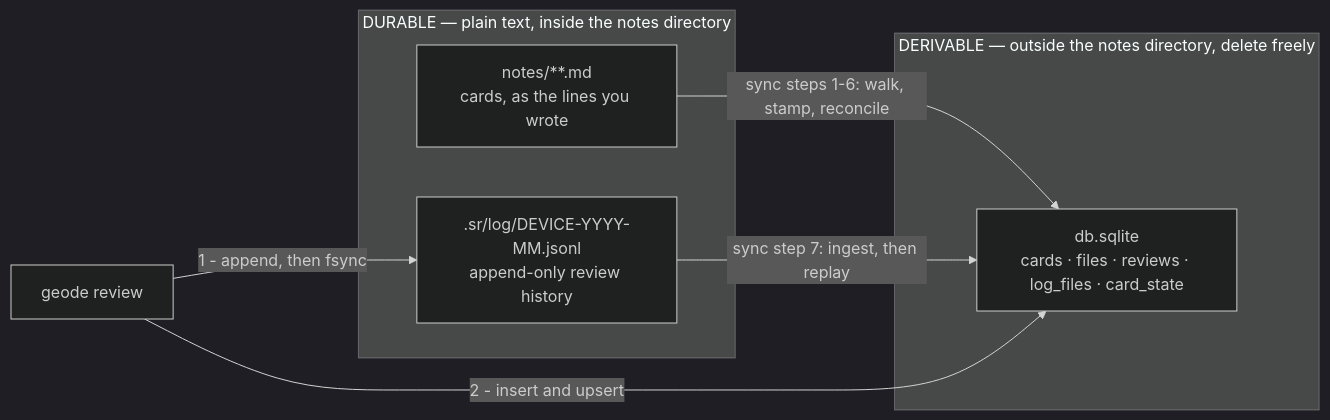
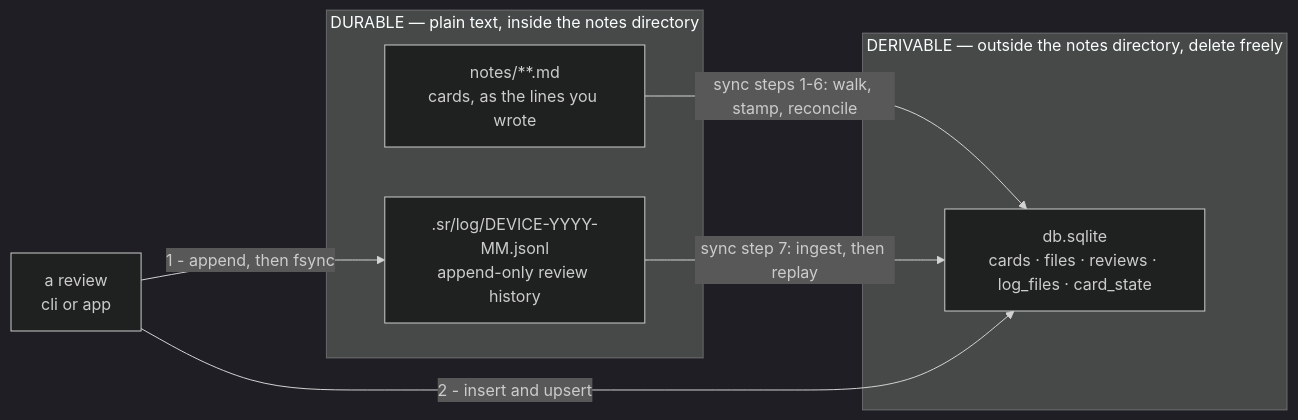
One commit to T1Fleming/GeodeMd changed the diagram in docs/design/data-model.md. Above: the diagram before and after it, drawn with Mermaid (dark theme). The commit also changed 7 other files, not shown here.

````diff
--- a/docs/design/data-model.md
+++ b/docs/design/data-model.md
@@ -11,16 +11,16 @@
 ```mermaid
 flowchart LR
     subgraph durable["DURABLE — plain text, inside the notes directory"]
         notes["notes/**.md<br/>cards, as the lines you wrote"]
         log[".sr/log/DEVICE-YYYY-MM.jsonl<br/>append-only review history"]
     end
 
     subgraph derived["DERIVABLE — outside the notes directory, delete freely"]
         db["db.sqlite<br/>cards · files · reviews · log_files · card_state"]
     end
 
     notes -->|"sync steps 1-6: walk, stamp, reconcile"| db
     log -->|"sync step 7: ingest, then replay"| db
-    review["geode review"] -->|"1 - append, then fsync"| log
+    review["a review<br/>cli or app"] -->|"1 - append, then fsync"| log
     review -->|"2 - insert and upsert"| db
 ```
````
